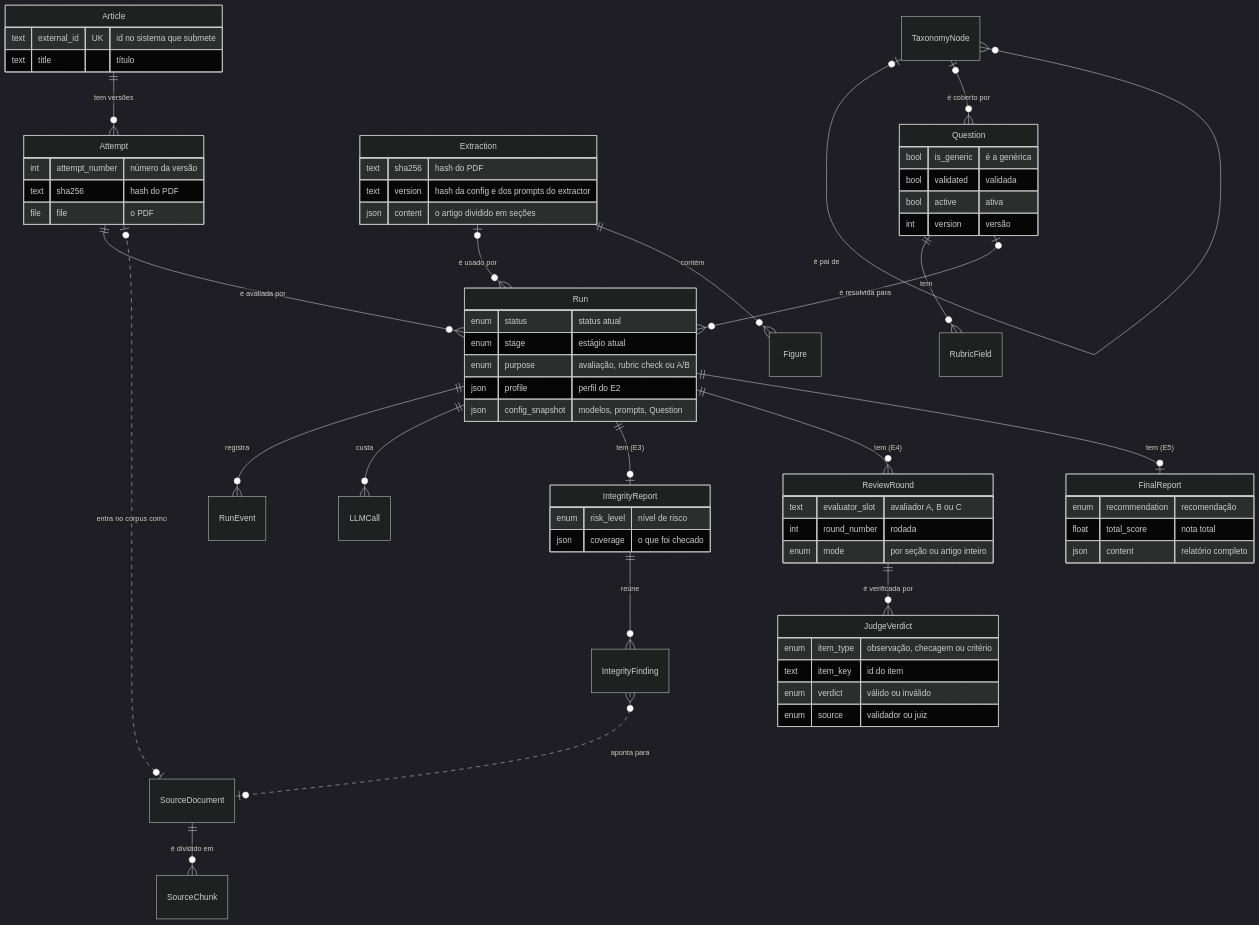
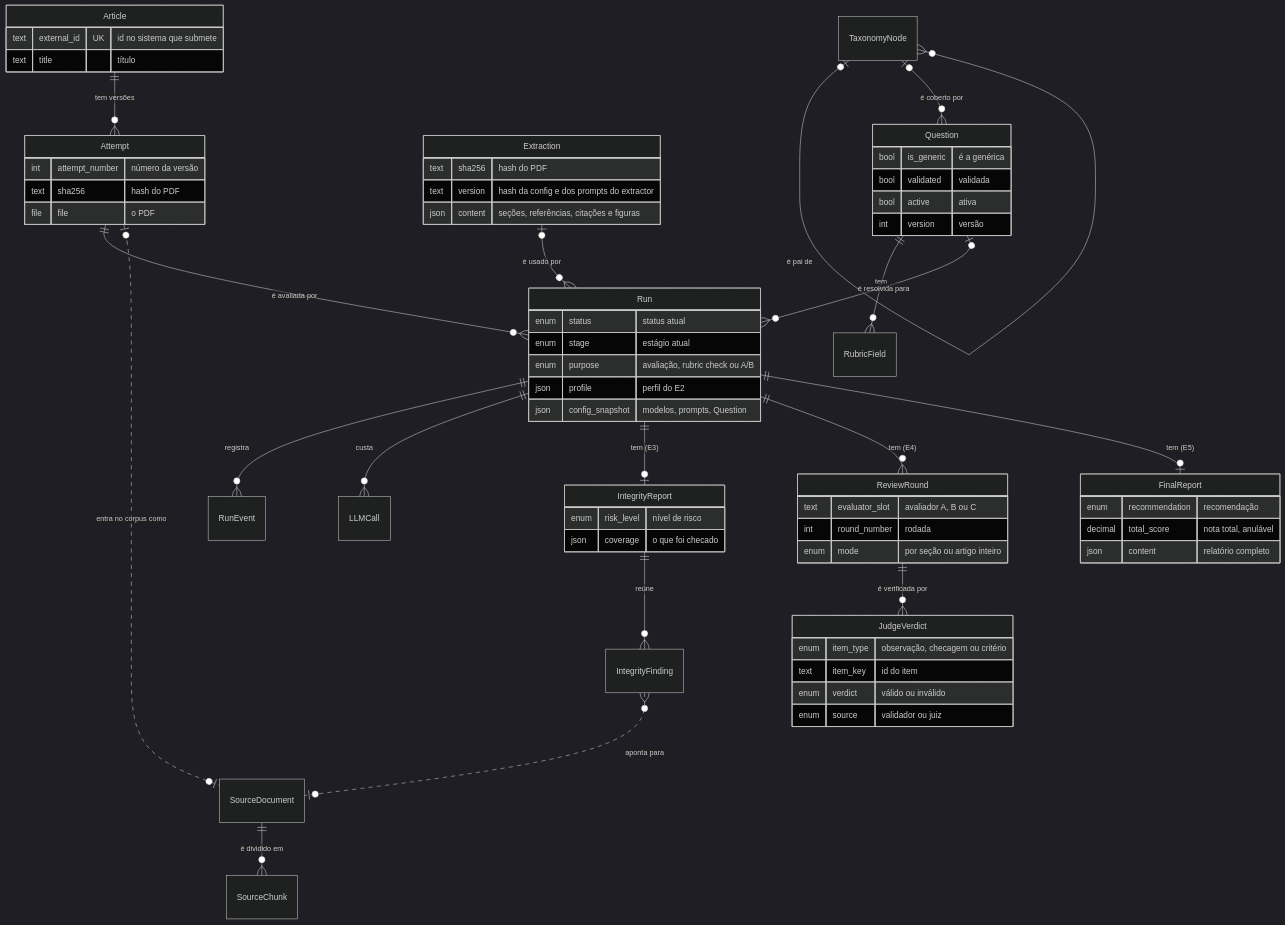
One commit to iarinhasz/metis_system changed the first of 10 diagrams in docs/flow_graph.md. Above: the diagram before and after it, drawn with Mermaid (dark theme). The commit also changed other lines of this file and 20 other files, not shown here.

````diff
--- a/docs/flow_graph.md
+++ b/docs/flow_graph.md
@@ -47,69 +53,68 @@
 ```mermaid
 erDiagram
     Article ||--o{ Attempt : "tem versões"
     Attempt ||--o{ Run : "é avaliada por"
     Run ||--o{ RunEvent : "registra"
     Run ||--o{ LLMCall : "custa"
     Extraction |o--o{ Run : "é usado por"
-    Extraction ||--o{ Figure : "contém"
     TaxonomyNode |o--o{ TaxonomyNode : "é pai de"
     TaxonomyNode |o--o{ Question : "é coberto por"
     Question ||--o{ RubricField : "tem"
     Question |o--o{ Run : "é resolvida para"
     Run ||--o| IntegrityReport : "tem (E3)"
     IntegrityReport ||--o{ IntegrityFinding : "reúne"
     IntegrityFinding }o..o| SourceDocument : "aponta para"
     SourceDocument ||--o{ SourceChunk : "é dividido em"
     Attempt |o..o| SourceDocument : "entra no corpus como"
     Run ||--o{ ReviewRound : "tem (E4)"
     ReviewRound ||--o{ JudgeVerdict : "é verificada por"
     Run ||--o| FinalReport : "tem (E5)"
 
     Article {
         text external_id UK "id no sistema que submete"
         text title "título"
     }
     Attempt {
         int attempt_number "número da versão"
         text sha256 "hash do PDF"
         file file "o PDF"
     }
     Run {
         enum status "status atual"
         enum stage "estágio atual"
         enum purpose "avaliação, rubric check ou A/B"
         json profile "perfil do E2"
         json config_snapshot "modelos, prompts, Question"
     }
     Extraction {
         text sha256 "hash do PDF"
         text version "hash da config e dos prompts do extractor"
-        json content "o artigo dividido em seções"
+        json content "seções, referências, citações e figuras"
     }
     Question {
         bool is_generic "é a genérica"
         bool validated "validada"
         bool active "ativa"
         int version "versão"
     }
     IntegrityReport {
         enum risk_level "nível de risco"
         json coverage "o que foi checado"
     }
     ReviewRound {
         text evaluator_slot "avaliador A, B ou C"
         int round_number "rodada"
         enum mode "por seção ou artigo inteiro"
     }
     JudgeVerdict {
         enum item_type "observação, checagem ou critério"
         text item_key "id do item"
         enum verdict "válido ou inválido"
         enum source "validador ou juiz"
     }
     FinalReport {
         enum recommendation "recomendação"
-        float total_score "nota total"
+        decimal total_score "nota total, anulável"
         json content "relatório completo"
     }
 ```
````
